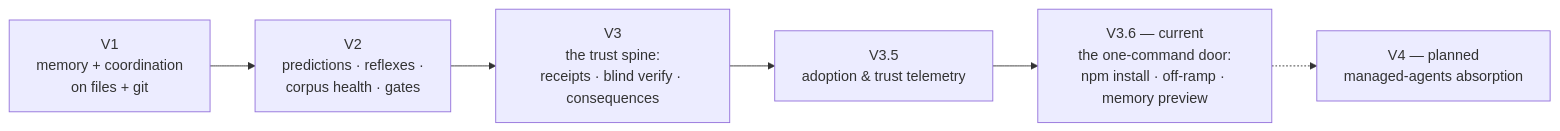
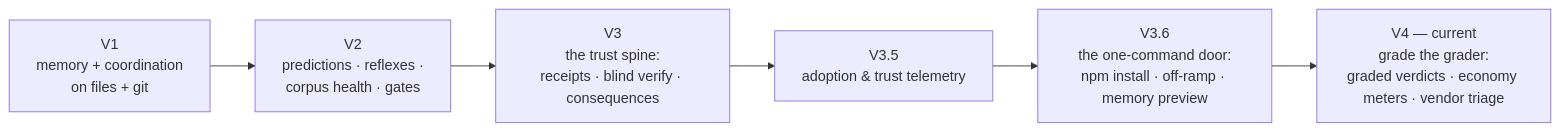
Diagram 24 of 24 in README.md (sma-framework/sma), drawn with Mermaid before and after one commit. The commit also changed other lines of this file and 40 other files, not shown here.

First line of the commit message:
release: v4.0.0 — grade the grader

````diff
--- a/README.md
+++ b/README.md
@@ -846,8 +945,8 @@
 ```mermaid
 flowchart LR
     V1["V1<br>memory + coordination<br>on files + git"] --> V2["V2<br>predictions · reflexes ·<br>corpus health · gates"]
     V2 --> V3["V3<br>the trust spine:<br>receipts · blind verify · consequences"]
     V3 --> V35["V3.5<br>adoption & trust telemetry"]
-    V35 --> V36["V3.6 — current<br>the one-command door:<br>npm install · off-ramp · memory preview"]
-    V36 -.-> V4["V4 — planned<br>managed-agents absorption"]
+    V35 --> V36["V3.6<br>the one-command door:<br>npm install · off-ramp · memory preview"]
+    V36 --> V4["V4 — current<br>grade the grader:<br>graded verdicts · economy meters · vendor triage"]
 ```
````
